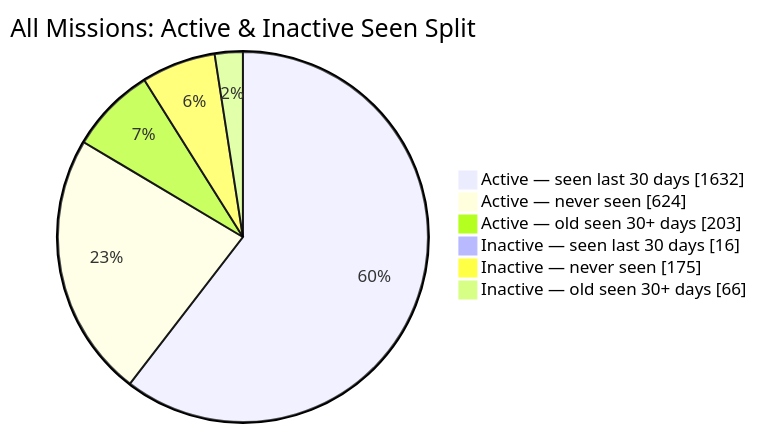
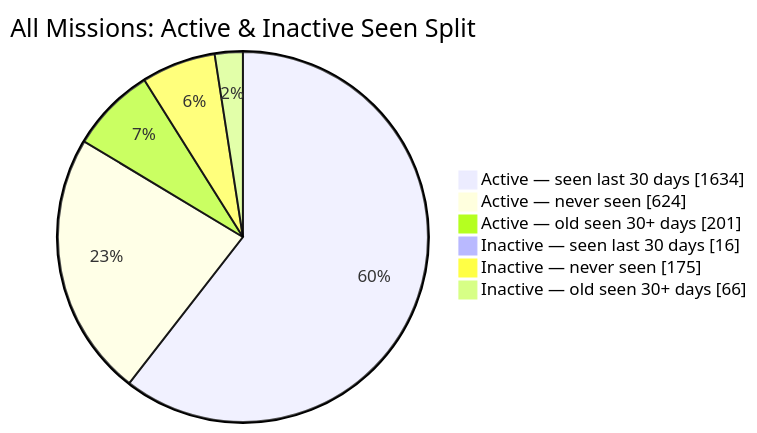
Before and after one commit to MeldkamerspelGameTeam/active-missions: the second of 2 diagrams in README.md, drawn with Mermaid. The commit also changed other lines of this file and 2 other files, not shown here.

````diff
--- a/README.md
+++ b/README.md
@@ -44,10 +44,10 @@
 ```mermaid
 pie showData
     title All Missions: Active & Inactive Seen Split
-    "Active — seen last 30 days" : 1632
+    "Active — seen last 30 days" : 1634
     "Active — never seen" : 624
-    "Active — old seen 30+ days" : 203
+    "Active — old seen 30+ days" : 201
     "Inactive — seen last 30 days" : 16
     "Inactive — never seen" : 175
     "Inactive — old seen 30+ days" : 66
 ```
````
